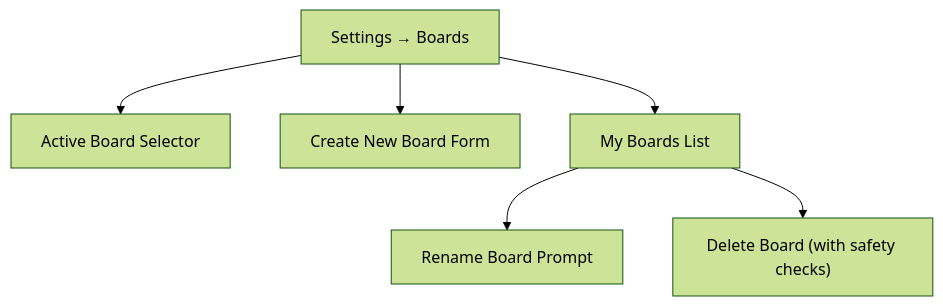
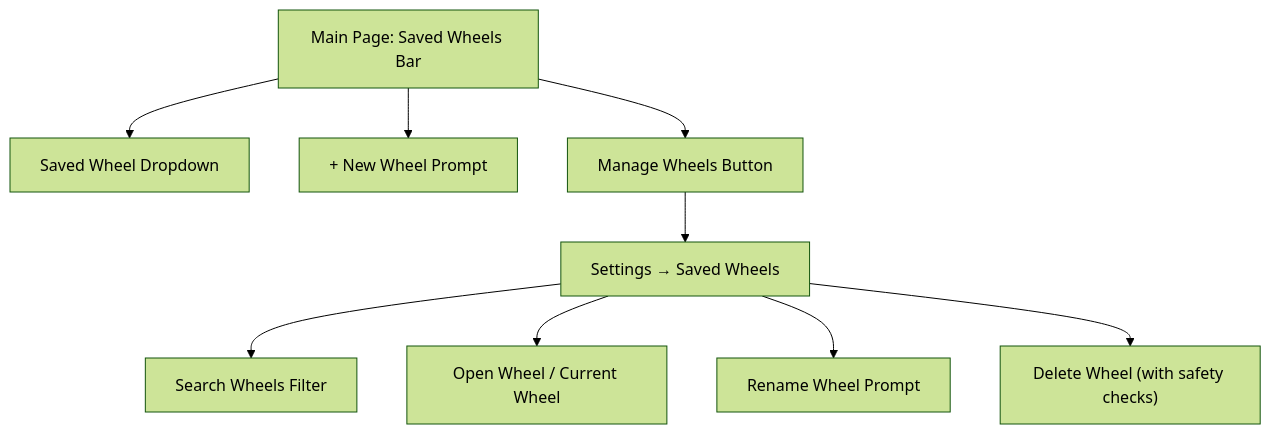
Before and after one commit to Suspence00/letterboxdwatchlistwheel: the diagram in wiki/Feature-Workspaces-and-Boards.md, drawn with Mermaid (forest theme). The commit also changed other lines of this file and 10 other files, not shown here.

Commit message:
feat(workspaces): introduce saved wheels switcher and improve list sync

````diff
--- a/wiki/Feature-Workspaces-and-Boards.md
+++ b/wiki/Feature-Workspaces-and-Boards.md
@@ -45,8 +45,11 @@
 ```mermaid
 graph TD
-    A["Settings → Boards"] --> B["Active Board Selector"]
-    A --> C["Create New Board Form"]
-    A --> D["My Boards List"]
-    D --> E["Rename Board Prompt"]
-    D --> F["Delete Board (with safety checks)"]
+    A["Main Page: Saved Wheels Bar"] --> B["Saved Wheel Dropdown"]
+    A --> C["+ New Wheel Prompt"]
+    A --> D["Manage Wheels Button"]
+    D --> E["Settings → Saved Wheels"]
+    E --> F["Search Wheels Filter"]
+    E --> G["Open Wheel / Current Wheel"]
+    E --> H["Rename Wheel Prompt"]
+    E --> I["Delete Wheel (with safety checks)"]
 ```
````
